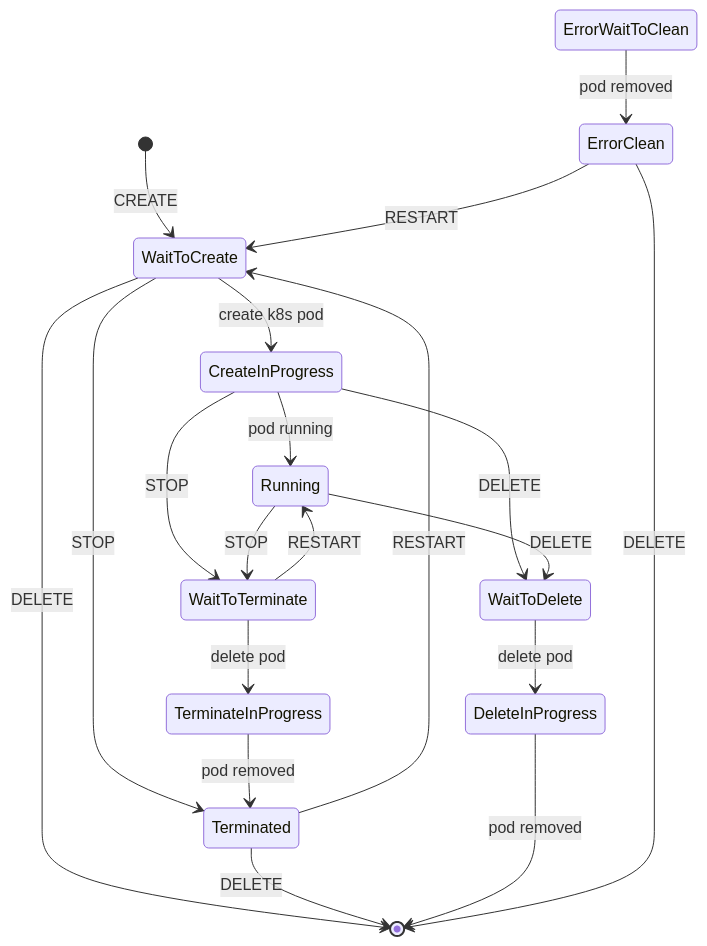
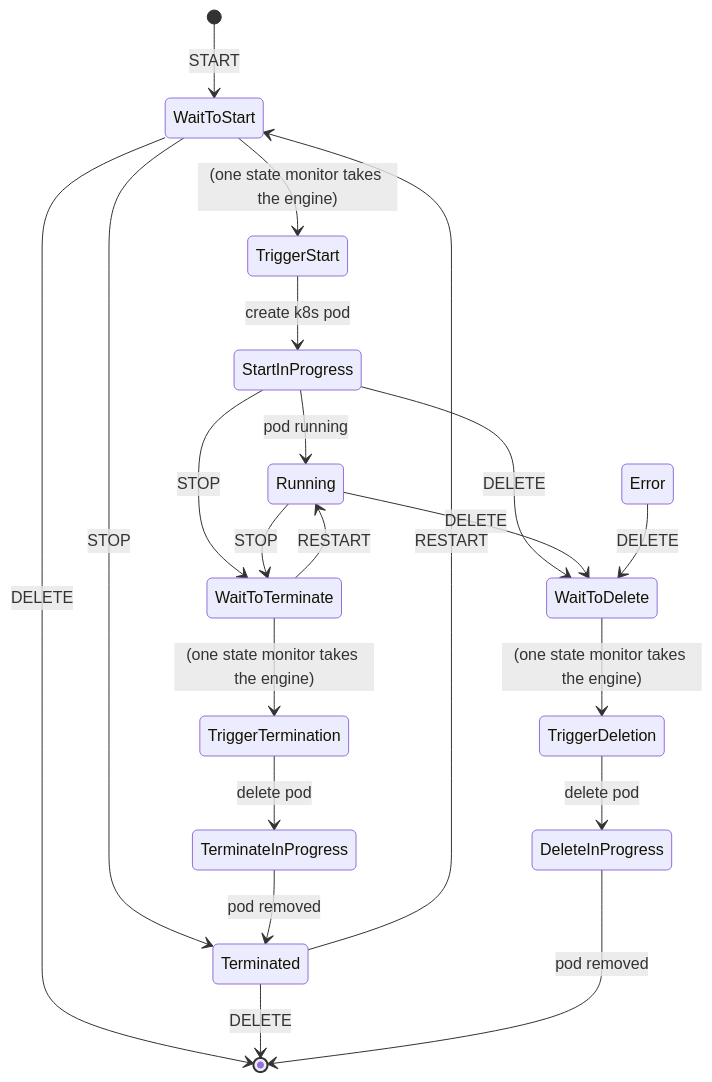
One commit to HaoYang670/rucat changed the second of 2 diagrams in README.md. Above: the diagram before and after it, drawn with Mermaid. The commit also changed other lines of this file and 21 other files, not shown here.

````diff
--- a/README.md
+++ b/README.md
@@ -34,32 +34,36 @@
 ```mermaid
 stateDiagram
 
-    [*] --> WaitToCreate: CREATE
-    WaitToCreate --> CreateInProgress: create k8s pod
-    WaitToCreate --> Terminated: STOP
-    WaitToCreate --> [*]: DELETE
+    [*] --> WaitToStart: START
+    WaitToStart --> Terminated: STOP
+    WaitToStart --> [*]: DELETE
+    WaitToStart --> TriggerStart: (one state monitor takes the engine)
 
-    CreateInProgress --> Running: pod running
-    CreateInProgress --> WaitToTerminate: STOP
-    CreateInProgress --> WaitToDelete: DELETE
+    TriggerStart --> StartInProgress: create k8s pod
+
+    StartInProgress --> Running: pod running
+    StartInProgress --> WaitToTerminate: STOP
+    StartInProgress --> WaitToDelete: DELETE
 
     Running --> WaitToTerminate: STOP
     Running --> WaitToDelete: DELETE
 
     WaitToTerminate --> Running: RESTART
-    WaitToTerminate --> TerminateInProgress: delete pod
+    WaitToTerminate --> TriggerTermination: (one state monitor takes the engine)
+
+    TriggerTermination --> TerminateInProgress: delete pod
 
     TerminateInProgress --> Terminated: pod removed
 
-    Terminated --> WaitToCreate: RESTART
+    Terminated --> WaitToStart: RESTART
     Terminated --> [*]: DELETE
 
-    WaitToDelete --> DeleteInProgress: delete pod
+    WaitToDelete --> TriggerDeletion: (one state monitor takes the engine)
+    
+    TriggerDeletion --> DeleteInProgress: delete pod
 
     DeleteInProgress --> [*]: pod removed
 
-    ErrorWaitToClean --> ErrorClean: pod removed
-    ErrorClean --> WaitToCreate: RESTART
-    ErrorClean --> [*]: DELETE
+    Error --> WaitToDelete: DELETE
 
 ```
````
